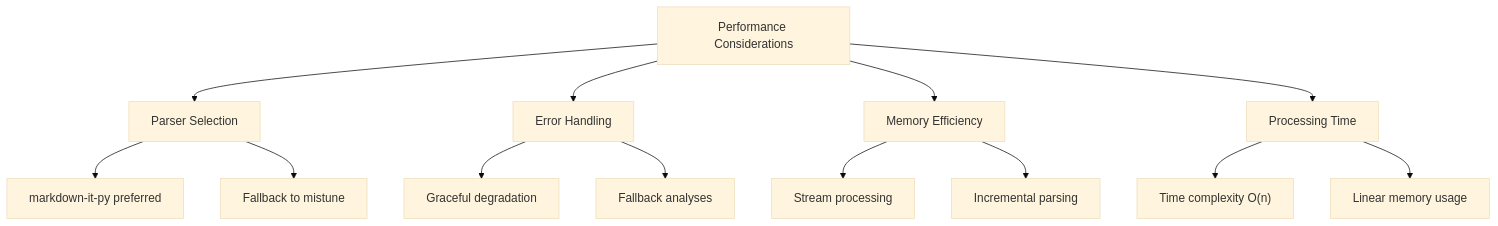
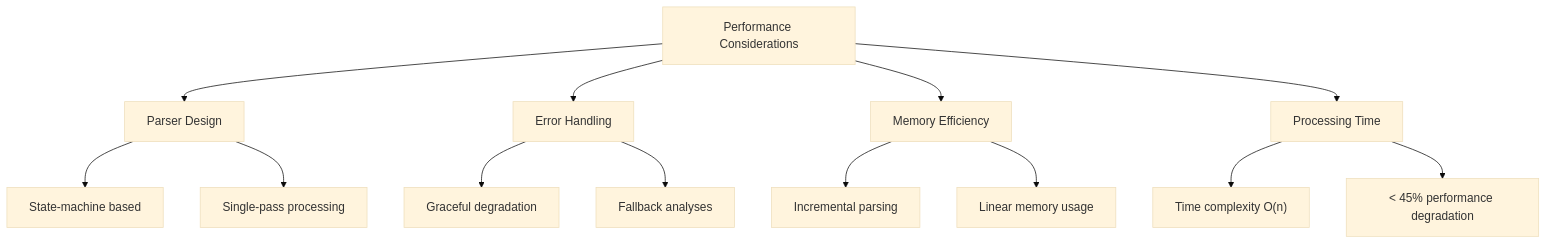
One commit to asukhodko/dify-markdown-chunker changed the seventh of 7 diagrams in .qoder/repowiki/en/content/Core Concepts/Parsing and Content Analysis.md. Above: the diagram before and after it, drawn with Mermaid (base theme). The commit also changed other lines of this file and 15 other files, not shown here.

First line of the commit message:
docs(parser): enhance nested code block parsing and update documentation

````diff
--- a/.qoder/repowiki/en/content/Core Concepts/Parsing and Content Analysis.md
+++ b/.qoder/repowiki/en/content/Core Concepts/Parsing and Content Analysis.md
@@ -234,15 +248,15 @@
 ```mermaid
 flowchart TD
-A["Performance Considerations"] --> B["Parser Selection"]
+A["Performance Considerations"] --> B["Parser Design"]
 A --> C["Error Handling"]
 A --> D["Memory Efficiency"]
 A --> E["Processing Time"]
-B --> B1["markdown-it-py preferred"]
-B --> B2["Fallback to mistune"]
+B --> B1["State-machine based"]
+B --> B2["Single-pass processing"]
 C --> C1["Graceful degradation"]
 C --> C2["Fallback analyses"]
-D --> D1["Stream processing"]
-D --> D2["Incremental parsing"]
+D --> D1["Incremental parsing"]
+D --> D2["Linear memory usage"]
 E --> E1["Time complexity O(n)"]
-E --> E2["Linear memory usage"]
+E --> E2["< 45% performance degradation"]
 ```
````
